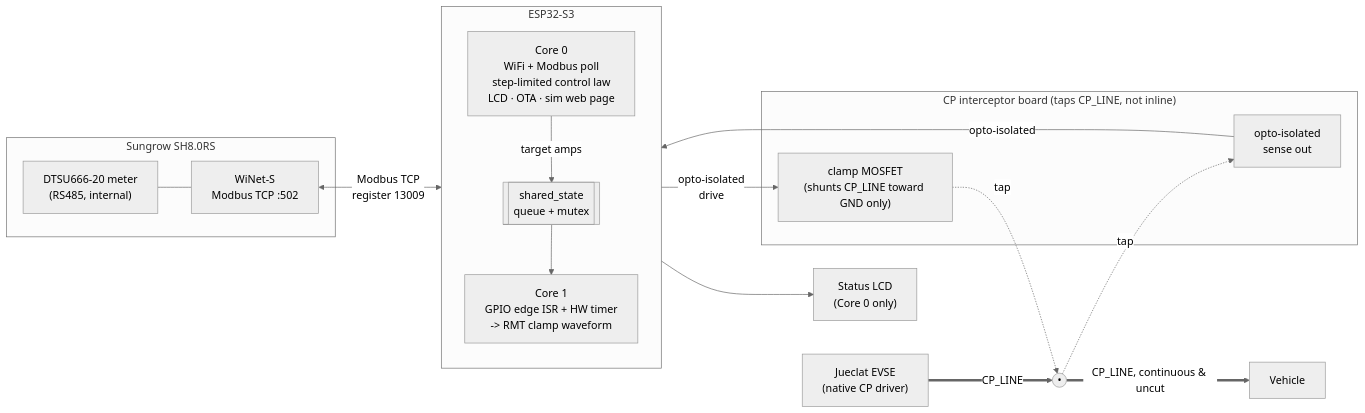
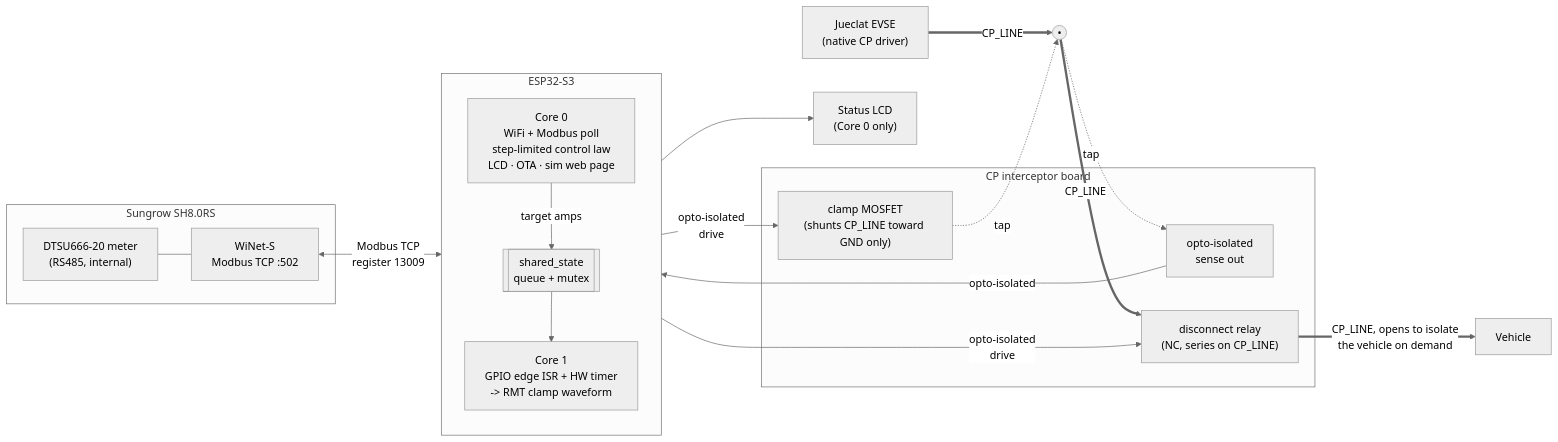
One commit to niftyforger/solar-ev-charge-controller changed the diagram in README.md. Above: the diagram before and after it, drawn with Mermaid (neutral theme). The commit also changed other lines of this file and 9 other files, not shown here.

First line of the commit message:
Add CP disconnect relay and relay-control logic

````diff
--- a/README.md
+++ b/README.md
@@ -11,33 +11,36 @@
 ```mermaid
 flowchart LR
     subgraph inv["Sungrow SH8.0RS"]
         meter["DTSU666-20 meter\n(RS485, internal)"]
         winet["WiNet-S\nModbus TCP :502"]
     end
 
     subgraph esp["ESP32-S3"]
         direction TB
         core0["Core 0\nWiFi + Modbus poll\nstep-limited control law\nLCD · OTA · sim web page"]
         bridge[["shared_state\nqueue + mutex"]]
         core1["Core 1\nGPIO edge ISR + HW timer\n-> RMT clamp waveform"]
         core0 -- "target amps" --> bridge --> core1
     end
 
-    subgraph cp["CP interceptor board (taps CP_LINE, not inline)"]
+    subgraph cp["CP interceptor board"]
         sense["opto-isolated\nsense out"]
         clamp["clamp MOSFET\n(shunts CP_LINE toward GND only)"]
+        relay["disconnect relay\n(NC, series on CP_LINE)"]
     end
 
     lcd["Status LCD\n(Core 0 only)"]
 
     winet <-->|"Modbus TCP\nregister 13009"| core0
     meter --- winet
     core0 --> lcd
     core1 -->|"opto-isolated\ndrive"| clamp
+    core1 -->|"opto-isolated\ndrive"| relay
     sense -->|"opto-isolated"| core1
 
     jueclat["Jueclat EVSE\n(native CP driver)"] == "CP_LINE" ==> tap(("•"))
-    tap == "CP_LINE, continuous & uncut" ==> vehicle["Vehicle"]
+    tap == "CP_LINE" ==> relay
+    relay == "CP_LINE, opens to isolate\nthe vehicle on demand" ==> vehicle["Vehicle"]
     tap -.->|"tap"| sense
     clamp -.->|"tap"| tap
 ```
````
